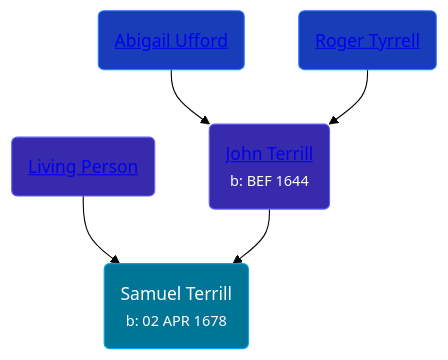
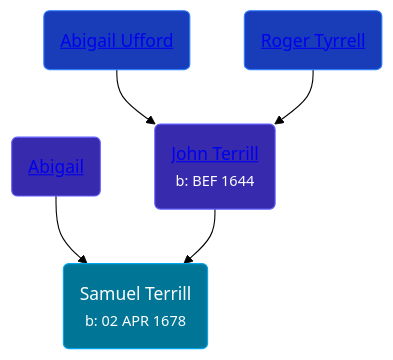
One commit to wpmgotkh/wpmgotkh.github.io changed the diagram in pages/people/7/74196422.md. Above: the diagram before and after it, drawn with Mermaid (forest theme). The commit also changed other lines of this file and 586 other files, not shown here.

Commit message:
feat: better shouldConsiderPersonLiving algo

````diff
--- a/pages/people/7/74196422.md
+++ b/pages/people/7/74196422.md
@@ -11,11 +11,11 @@
 ```mermaid
 graph
 classDef grands fill:#193cb8,stroke:#2b7fff,stroke-width:1px,color:#fff;
 classDef parents fill:#372aac,stroke:#615fff,stroke-width:1px,color:#fff;
 classDef primary fill:#007595,stroke:#00a6f4,stroke-width:1px,color:#fff;
 74196422(Samuel Terrill<br /><small>b: 02 APR 1678</small>):::primary
-48582652(<a class="text-white" href="/people/4/48582652">Living Person</a>):::parents-->74196422
+48582652(<a class="text-white" href="/people/4/48582652">Abigail </a>):::parents-->74196422
 65221157(<a class="text-white" href="/people/6/65221157">John Terrill</a><br /><small>b: BEF 1644</small>):::parents-->74196422
 99473444(<a class="text-white" href="/people/9/99473444">Abigail Ufford</a>):::grands-->65221157
 2108514(<a class="text-white" href="/people/2/2108514">Roger Tyrrell</a>):::grands-->65221157
 ```
````
